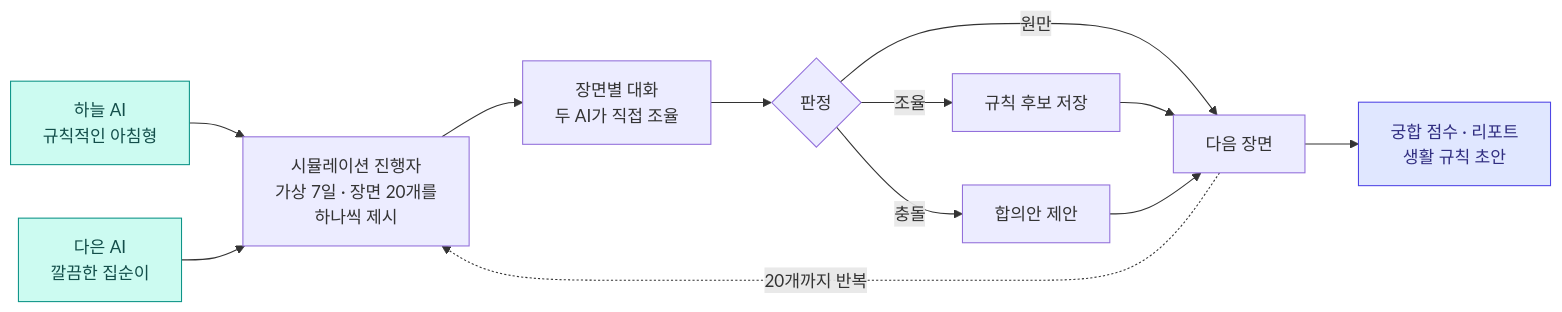
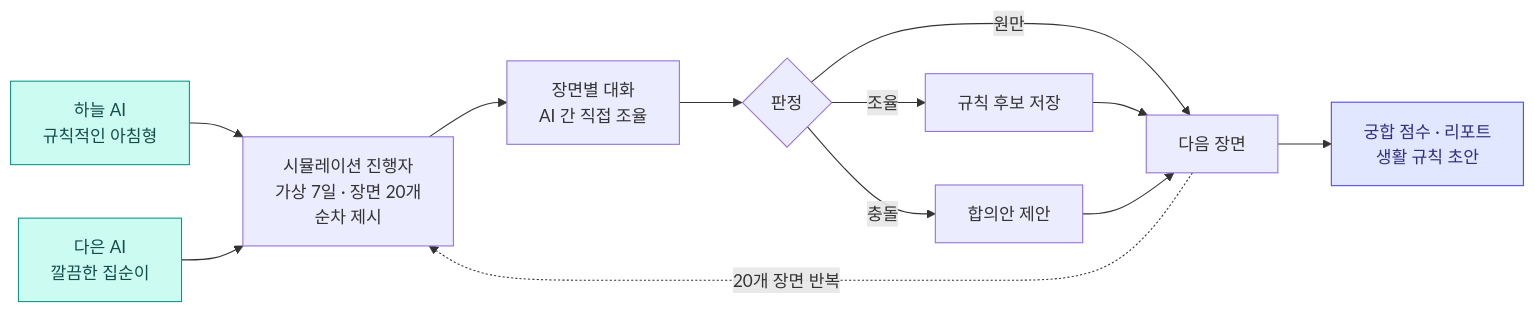
The third of 4 diagrams in README.md (gokimkh123/SW_Design_Development), drawn with Mermaid before and after one commit. The commit also changed other lines of this file and 1 other file, not shown here.

````diff
--- a/README.md
+++ b/README.md
@@ -75,19 +77,19 @@
 ```mermaid
 flowchart LR
     PA["하늘 AI<br/>규칙적인 아침형"] --> MOD
     PB["다은 AI<br/>깔끔한 집순이"] --> MOD
-    MOD["시뮬레이션 진행자<br/>가상 7일 · 장면 20개를<br/>하나씩 제시"] --> TALK["장면별 대화<br/>두 AI가 직접 조율"]
+    MOD["시뮬레이션 진행자<br/>가상 7일 · 장면 20개<br/>순차 제시"] --> TALK["장면별 대화<br/>AI 간 직접 조율"]
     TALK --> J{"판정"}
     J -->|"원만"| NEXT["다음 장면"]
     J -->|"조율"| RULE["규칙 후보 저장"]
     J -->|"충돌"| MED["합의안 제안"]
     RULE --> NEXT
     MED --> NEXT
-    NEXT -.->|"20개까지 반복"| MOD
+    NEXT -.->|"20개 장면 반복"| MOD
     NEXT --> OUT["궁합 점수 · 리포트<br/>생활 규칙 초안"]
 
     classDef ai fill:#ccfbf1,stroke:#0d9488,color:#134e4a
     classDef out fill:#e0e7ff,stroke:#4f46e5,color:#312e81
     class PA,PB ai
     class OUT out
 ```
````
